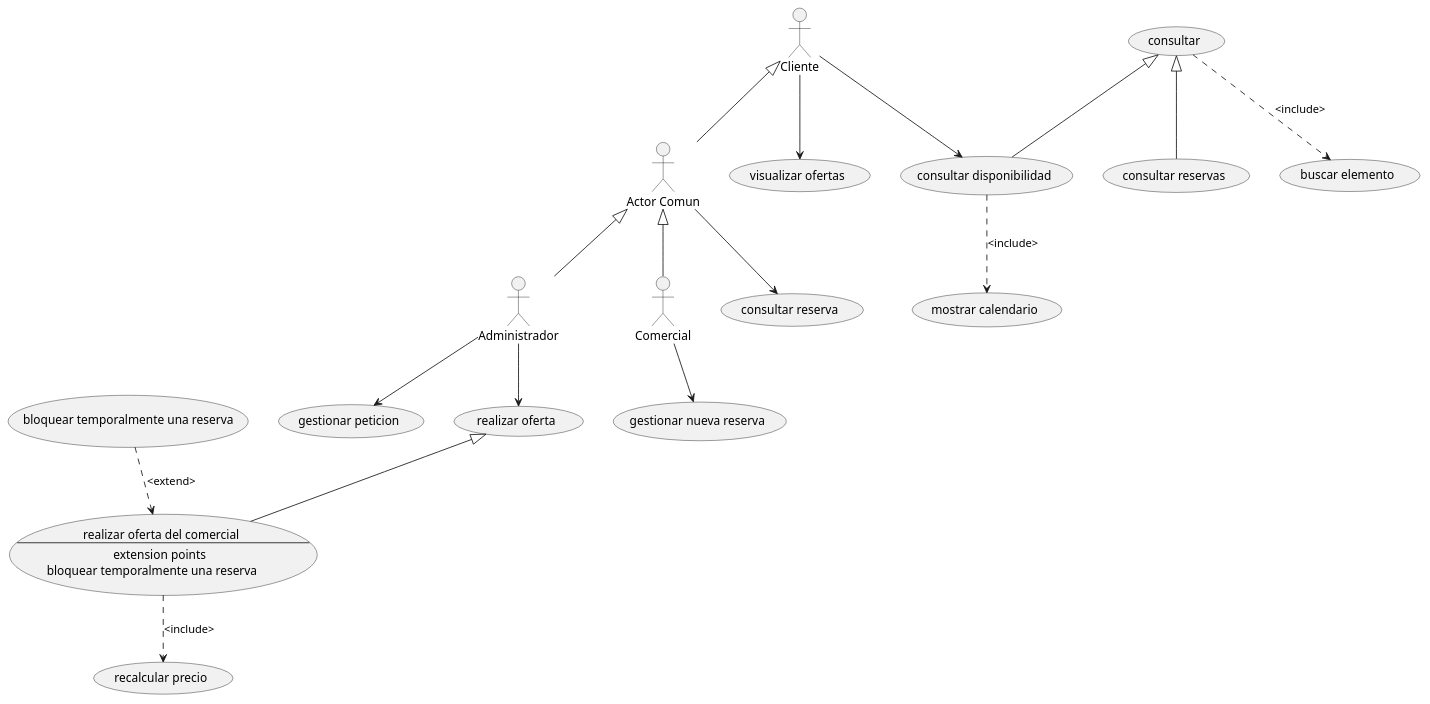
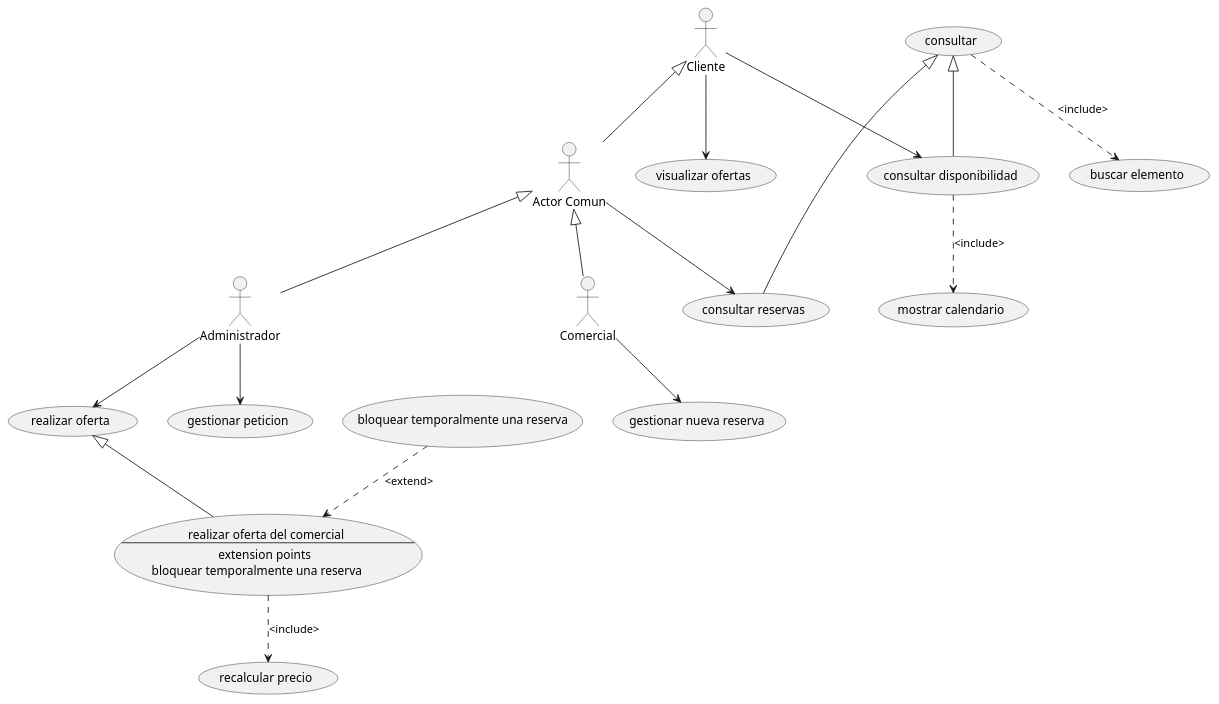
The diagram in lab0/src/companiaHotelera.puml (it557/INRE-UAL-BLANCO-2022), drawn with PlantUML before and after one commit. The commit also changed 1 other file, not shown here.

Commit message:
diagrama supuesto 3 arreglado

```diff
--- a/lab0/src/companiaHotelera.puml
+++ b/lab0/src/companiaHotelera.puml
@@ -1,33 +1,33 @@
 @startuml
 
 :Administrador: as Adm
 :Actor Comun: as Act
 :Cliente: as Cli
 :Comercial: as Com
 
 Adm --> (gestionar peticion)
 Adm --> (realizar oferta)
 Cli --> (visualizar ofertas)
 Cli --> (consultar disponibilidad)
-Act --> (consultar reserva)
+Act --> (consultar reservas)
 Com --> (gestionar nueva reserva)
 
 usecase UC1 as "      realizar oferta del comercial
 --
      extension points
 bloquear temporalmente una reserva"
 
 (consultar) <|-- (consultar disponibilidad)
 (consultar) <|-- (consultar reservas)
 (realizar oferta) <|-- (UC1)
 Cli <|-- Act
 Act <|-- Com
 Act <|-- Adm
 
 (UC1) ..> (recalcular precio):<include>
 (consultar) ..> (buscar elemento):<include>
 (consultar disponibilidad) ..> (mostrar calendario):<include>
 
 (bloquear temporalmente una reserva) ..> (UC1):<extend>
 
 @enduml
```
